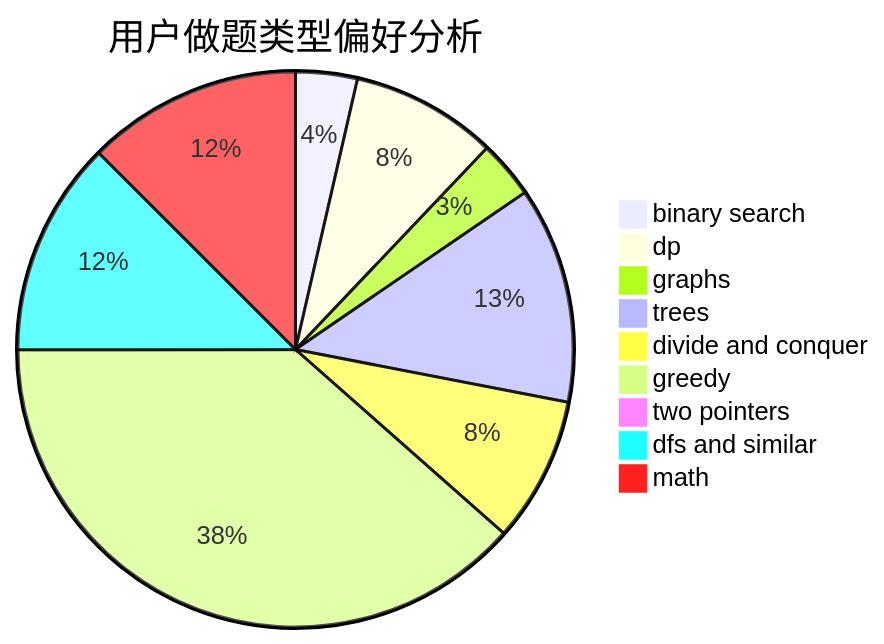
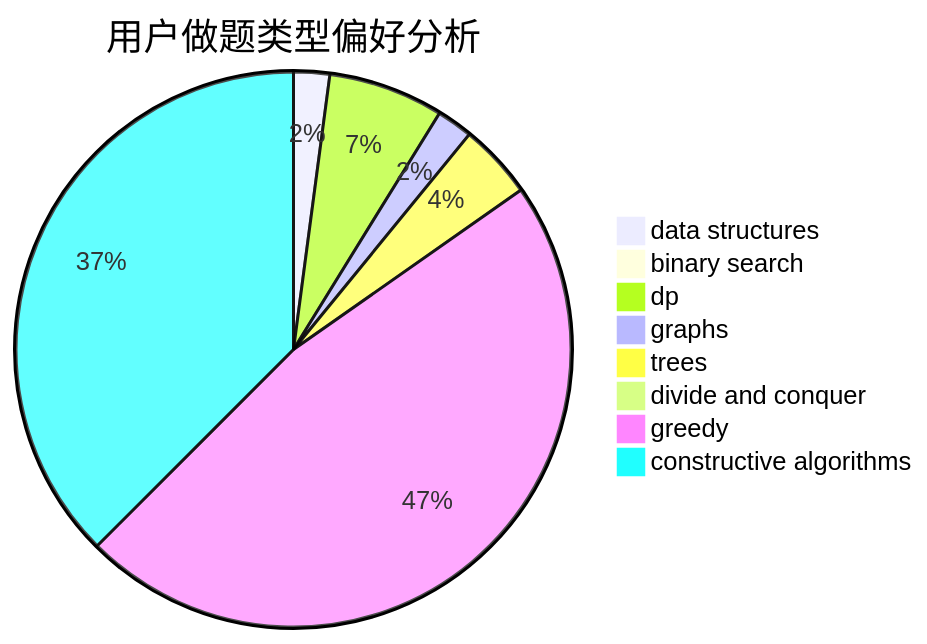
Before and after one commit to sherpahu/cfrs.github.io: the second of 3 diagrams in docs/user/u1309.md, drawn with Mermaid. The commit also changed other lines of this file and 2775 other files, not shown here.

````diff
--- a/docs/user/u1309.md
+++ b/docs/user/u1309.md
@@ -23,12 +23,11 @@
 ```mermaid
 pie title 用户做题类型偏好分析
-    "binary search" :  78
-    "dp" :  185
-    "graphs" :  73
-    "trees" :  274
-    "divide and conquer" :  184
-    "greedy" :  837
-    "two pointers" :  10
-    "dfs and similar" :  272
-    "math" :  272
+    "data structures" :  25
+    "binary search" :  11
+    "dp" :  80
+    "graphs" :  25
+    "trees" :  52
+    "divide and conquer" :  0
+    "greedy" :  563
+    "constructive algorithms" :  447
 ```
````
